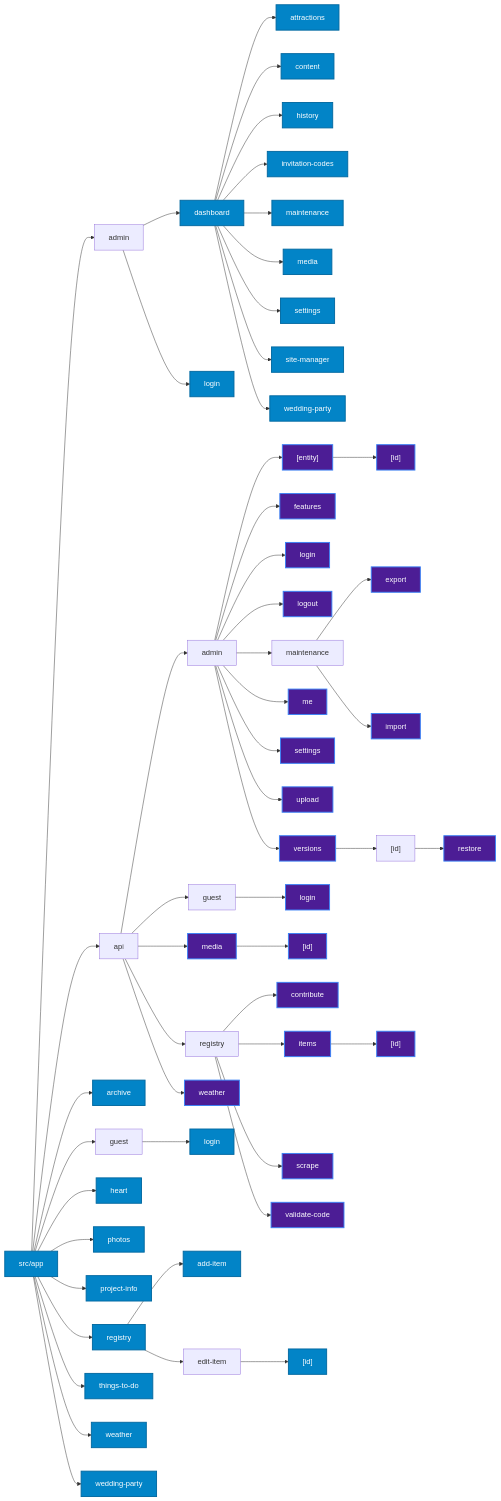
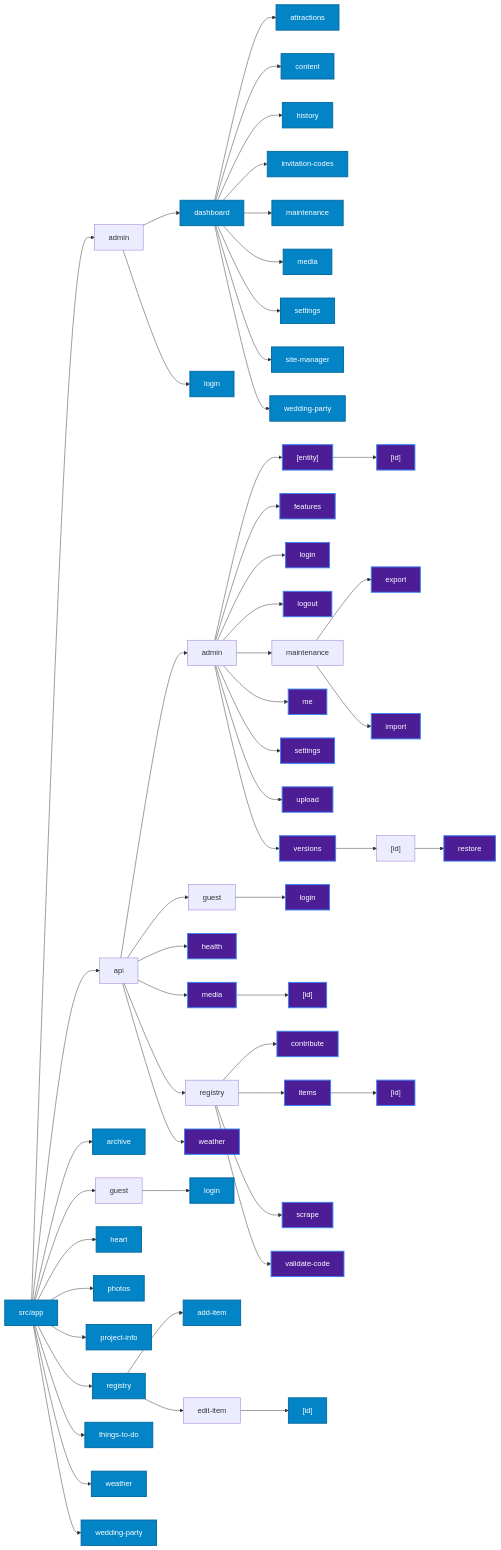
The second of 2 diagrams in ARCHITECTURE.md (fderuiter/wedding_website), drawn with Mermaid before and after one commit. The commit also changed other lines of this file and 9 other files, not shown here.

```diff
--- a/ARCHITECTURE.md
+++ b/ARCHITECTURE.md
@@ -93,6 +95,7 @@
     node_api_admin_versions_id_restore["restore"]
     node_api_guest["guest"]
     node_api_guest_login["login"]
+    node_api_health["health"]
     node_api_media["media"]
     node_api_media_id["[id]"]
     node_api_registry["registry"]
@@ -145,6 +148,7 @@
     node_api_admin_versions_id --> node_api_admin_versions_id_restore
     node_api --> node_api_guest
     node_api_guest --> node_api_guest_login
+    node_api --> node_api_health
     node_api --> node_api_media
     node_api_media --> node_api_media_id
     node_api --> node_api_registry
@@ -192,6 +196,7 @@
     class node_api_admin_versions api;
     class node_api_admin_versions_id_restore api;
     class node_api_guest_login api;
+    class node_api_health api;
     class node_api_media api;
     class node_api_media_id api;
     class node_api_registry_contribute api;
```
